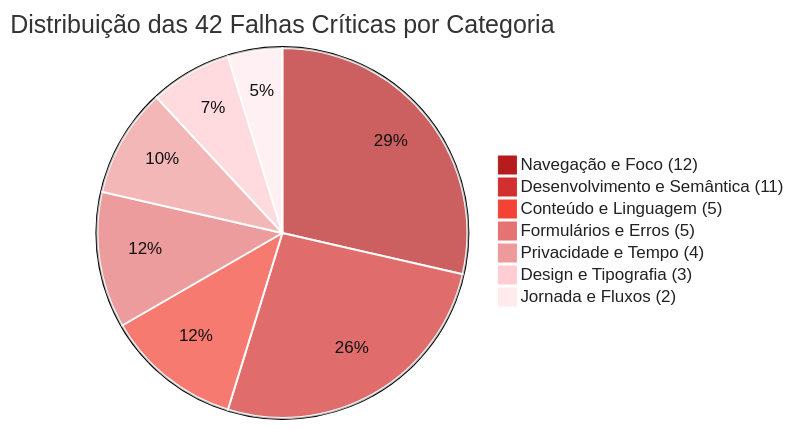
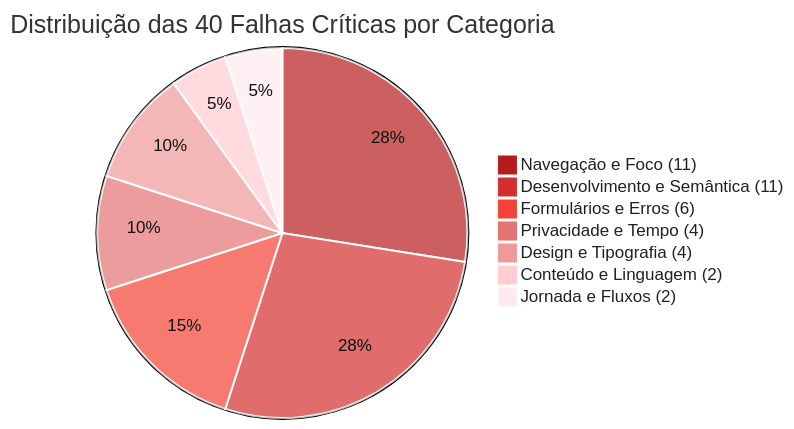
One commit to UnB-IHC/IHC_2026.2_Grupo03 changed the second of 6 diagrams in ANALISE_DADOS_ACESSIBILIDADE.md. Above: the diagram before and after it, drawn with Mermaid. The commit also changed other lines of this file and 3 other files, not shown here.

````diff
--- a/ANALISE_DADOS_ACESSIBILIDADE.md
+++ b/ANALISE_DADOS_ACESSIBILIDADE.md
@@ -40,11 +40,11 @@
 ```mermaid
 %%{init: {'theme': 'base', 'themeVariables': { 'pie1': '#b71c1c', 'pie2': '#d32f2f', 'pie3': '#f44336', 'pie4': '#e57373', 'pie5': '#ef9a9a', 'pie6': '#ffcdd2', 'pie7': '#ffebee', 'pieSectionTextColor': '#111111', 'pieLegendTextColor': '#212121', 'pieStrokeColor': '#ffffff', 'pieStrokeWidth': '2px'}}}%%
-pie title Distribuição das 42 Falhas Críticas por Categoria
-    "Navegação e Foco (12)" : 12
+pie title Distribuição das 40 Falhas Críticas por Categoria
+    "Navegação e Foco (11)" : 11
     "Desenvolvimento e Semântica (11)" : 11
-    "Conteúdo e Linguagem (5)" : 5
-    "Formulários e Erros (5)" : 5
+    "Formulários e Erros (6)" : 6
     "Privacidade e Tempo (4)" : 4
-    "Design e Tipografia (3)" : 3
+    "Design e Tipografia (4)" : 4
+    "Conteúdo e Linguagem (2)" : 2
     "Jornada e Fluxos (2)" : 2
 ```
````
